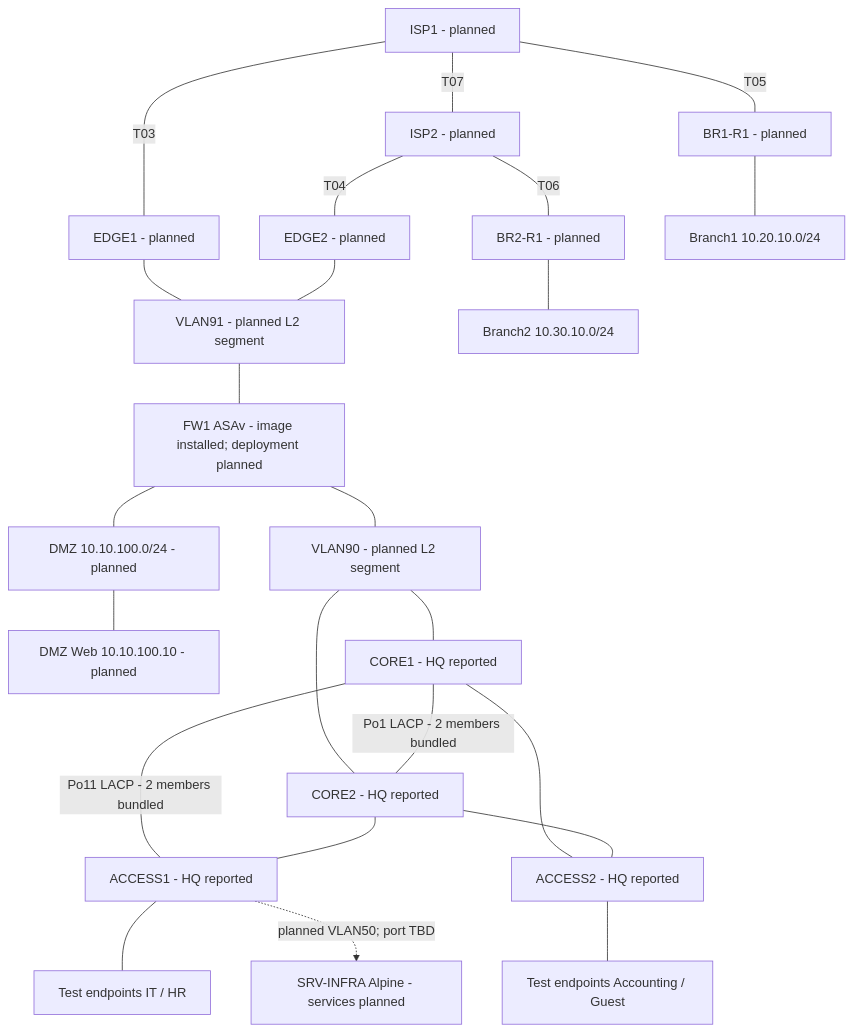
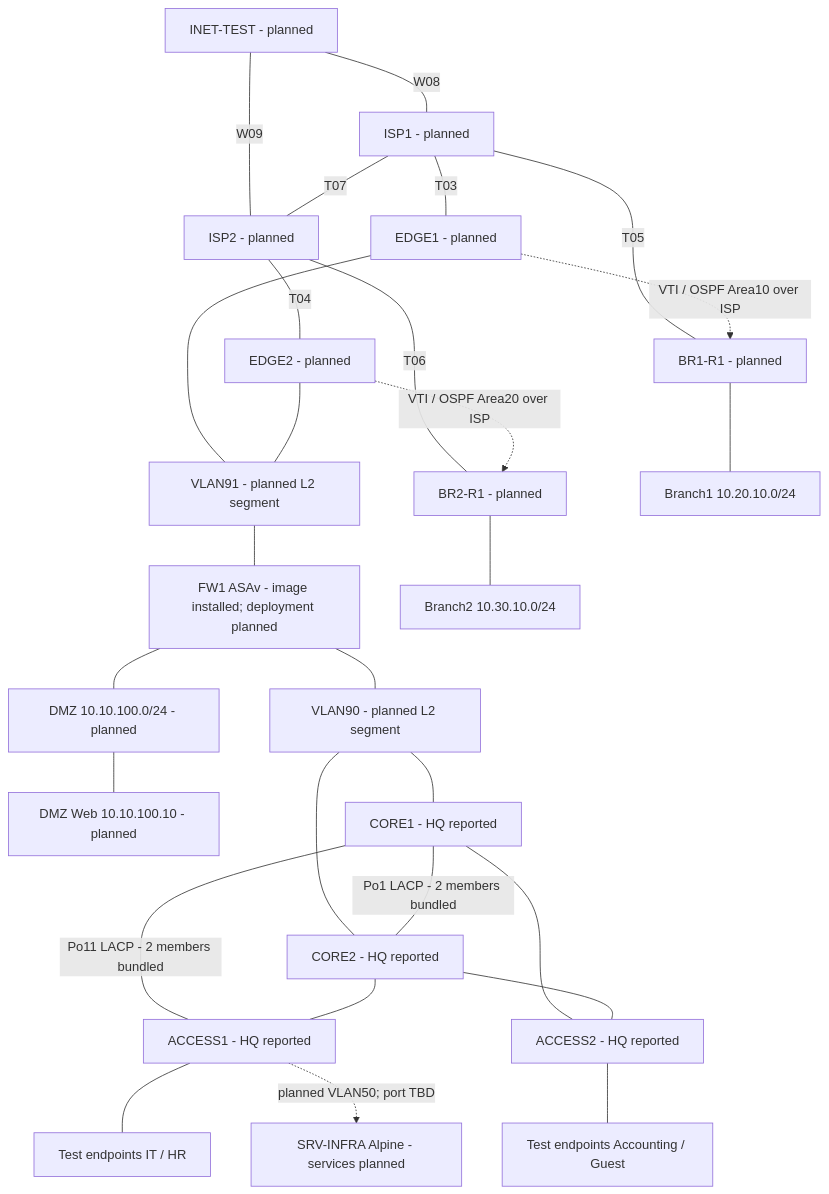
Before and after one commit to lequocban/enterprise-network-lab: the diagram in diagrams/logical-topology.md, drawn with Mermaid. The commit also changed other lines of this file and 178 other files, not shown here.

````diff
--- a/diagrams/logical-topology.md
+++ b/diagrams/logical-topology.md
@@ -17,26 +19,30 @@
 ```mermaid
 flowchart TB
+    TEST[INET-TEST - planned] ---|W08| ISP1
+    TEST ---|W09| ISP2
     ISP1[ISP1 - planned] ---|T07| ISP2[ISP2 - planned]
     ISP1 ---|T03| EDGE1[EDGE1 - planned]
     ISP2 ---|T04| EDGE2[EDGE2 - planned]
     EDGE1 --- OUTSIDE[VLAN91 - planned L2 segment]
     EDGE2 --- OUTSIDE
     OUTSIDE --- FW1[FW1 ASAv - image installed; deployment planned]
     FW1 --- DMZ[DMZ 10.10.100.0/24 - planned]
     DMZ --- WEB[DMZ Web 10.10.100.10 - planned]
     FW1 --- INSIDE[VLAN90 - planned L2 segment]
     INSIDE --- CORE1[CORE1 - HQ reported]
     INSIDE --- CORE2[CORE2 - HQ reported]
     CORE1 ---|Po1 LACP - 2 members bundled| CORE2
     CORE1 ---|Po11 LACP - 2 members bundled| ACCESS1[ACCESS1 - HQ reported]
     CORE2 --- ACCESS1
     CORE1 --- ACCESS2[ACCESS2 - HQ reported]
     CORE2 --- ACCESS2
     ACCESS1 --- USERS1[Test endpoints IT / HR]
     ACCESS2 --- USERS2[Test endpoints Accounting / Guest]
     ACCESS1 -. planned VLAN50; port TBD .-> INFRA[SRV-INFRA Alpine - services planned]
     ISP1 ---|T05| BR1[BR1-R1 - planned]
     ISP2 ---|T06| BR2[BR2-R1 - planned]
     BR1 --- LAN1[Branch1 10.20.10.0/24]
     BR2 --- LAN2[Branch2 10.30.10.0/24]
+    EDGE1 -. VTI / OSPF Area10 over ISP .-> BR1
+    EDGE2 -. VTI / OSPF Area20 over ISP .-> BR2
 ```
````
